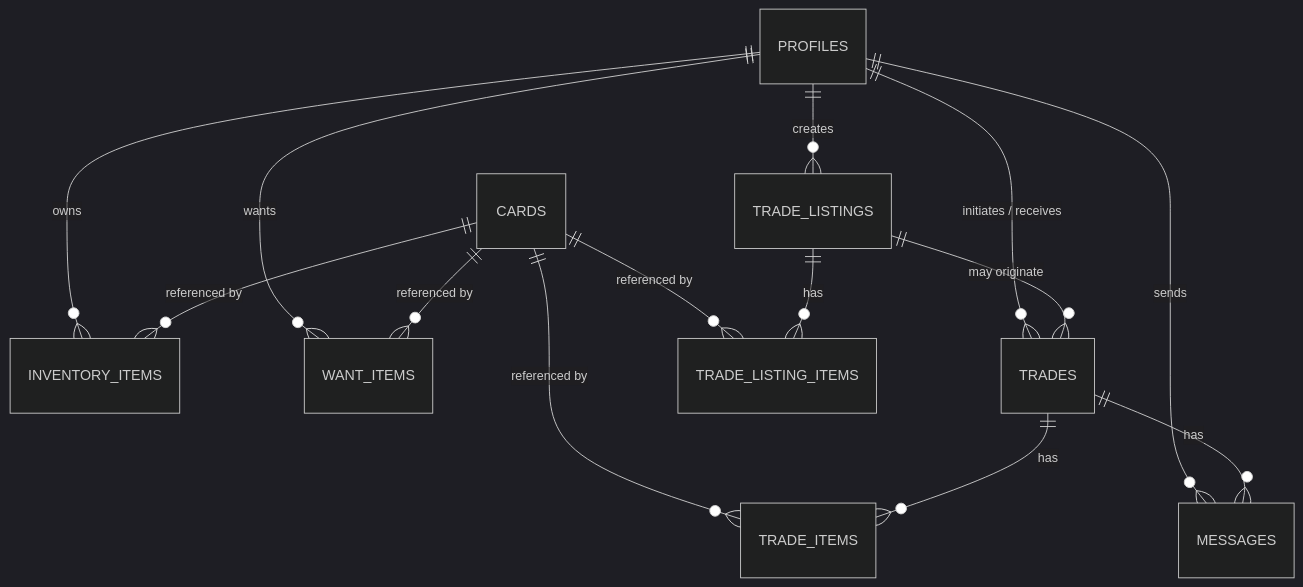
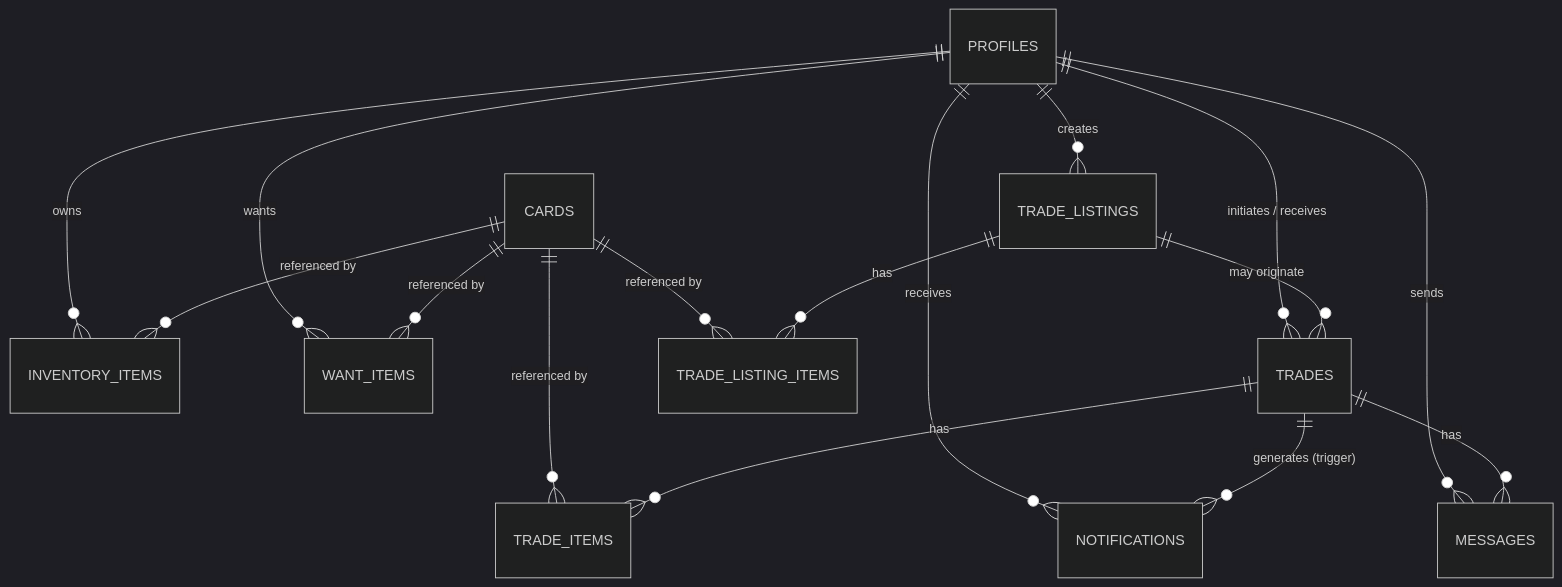
Before and after one commit to bhuwan18/Bitts_attax: the diagram in DATABASE_SCHEMA.md, drawn with Mermaid (dark theme). The commit also changed other lines of this file and 22 other files, not shown here.

````diff
--- a/DATABASE_SCHEMA.md
+++ b/DATABASE_SCHEMA.md
@@ -23,16 +26,18 @@
 ```mermaid
 erDiagram
     PROFILES ||--o{ INVENTORY_ITEMS : owns
     PROFILES ||--o{ WANT_ITEMS : wants
     PROFILES ||--o{ TRADE_LISTINGS : creates
     PROFILES ||--o{ TRADES : "initiates / receives"
     PROFILES ||--o{ MESSAGES : sends
+    PROFILES ||--o{ NOTIFICATIONS : receives
+    TRADES ||--o{ NOTIFICATIONS : "generates (trigger)"
     CARDS ||--o{ INVENTORY_ITEMS : "referenced by"
     CARDS ||--o{ WANT_ITEMS : "referenced by"
     CARDS ||--o{ TRADE_LISTING_ITEMS : "referenced by"
     CARDS ||--o{ TRADE_ITEMS : "referenced by"
     TRADE_LISTINGS ||--o{ TRADE_LISTING_ITEMS : has
     TRADE_LISTINGS ||--o{ TRADES : "may originate"
     TRADES ||--o{ TRADE_ITEMS : has
     TRADES ||--o{ MESSAGES : has
 ```
````
